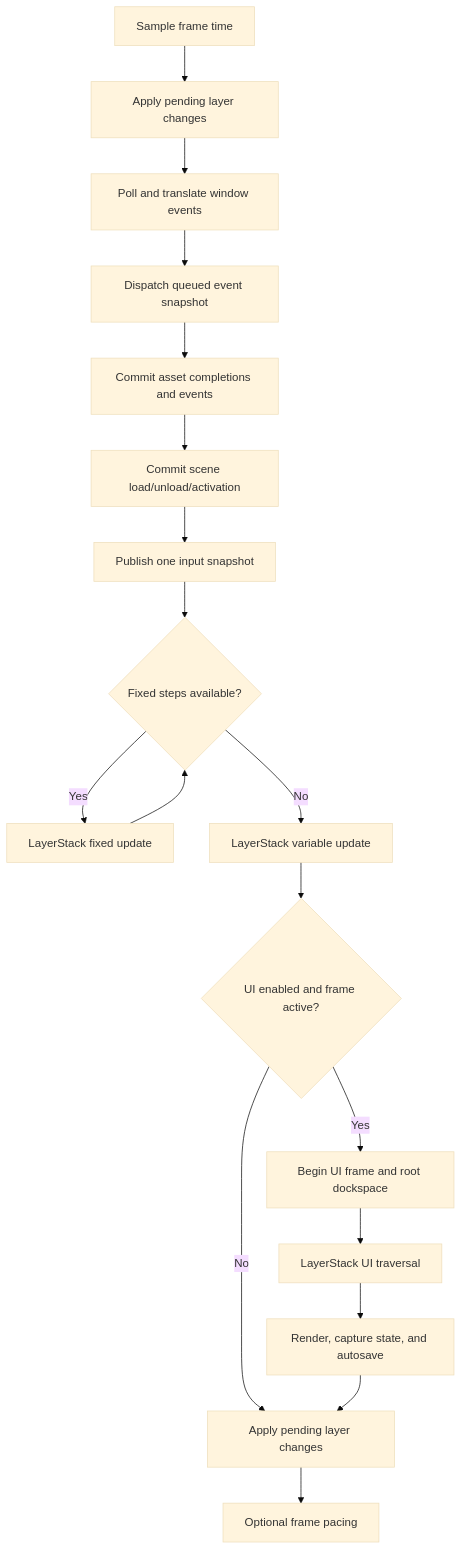
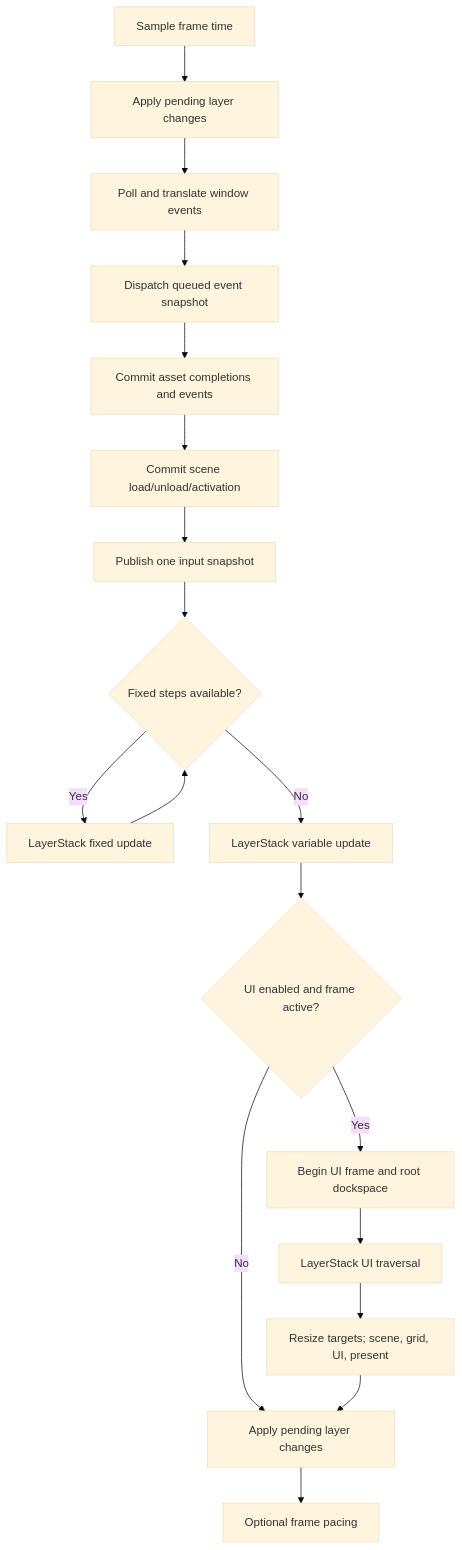
One commit to hcfgod/KeireEngine changed the diagram in docs/RuntimeLifecycle.md. Above: the diagram before and after it, drawn with Mermaid (base theme). The commit also changed other lines of this file and 117 other files, not shown here.

````diff
--- a/docs/RuntimeLifecycle.md
+++ b/docs/RuntimeLifecycle.md
@@ -36,20 +37,20 @@
 ```mermaid
 flowchart TD
     Start["Sample frame time"] --> PendingA["Apply pending layer changes"]
     PendingA --> Poll["Poll and translate window events"]
     Poll --> Queued["Dispatch queued event snapshot"]
     Queued --> Assets["Commit asset completions and events"]
     Assets --> Scenes["Commit scene load/unload/activation"]
     Scenes --> Input["Publish one input snapshot"]
     Input --> Fixed{"Fixed steps available?"}
     Fixed -->|Yes| FixedUpdate["LayerStack fixed update"]
     FixedUpdate --> Fixed
     Fixed -->|No| Update["LayerStack variable update"]
     Update --> UI{"UI enabled and frame active?"}
     UI -->|Yes| BeginUI["Begin UI frame and root dockspace"]
     BeginUI --> LayerUI["LayerStack UI traversal"]
-    LayerUI --> EndUI["Render, capture state, and autosave"]
+    LayerUI --> EndUI["Resize targets; scene, grid, UI, present"]
     UI -->|No| PendingB["Apply pending layer changes"]
     EndUI --> PendingB
     PendingB --> Pace["Optional frame pacing"]
 ```
````
